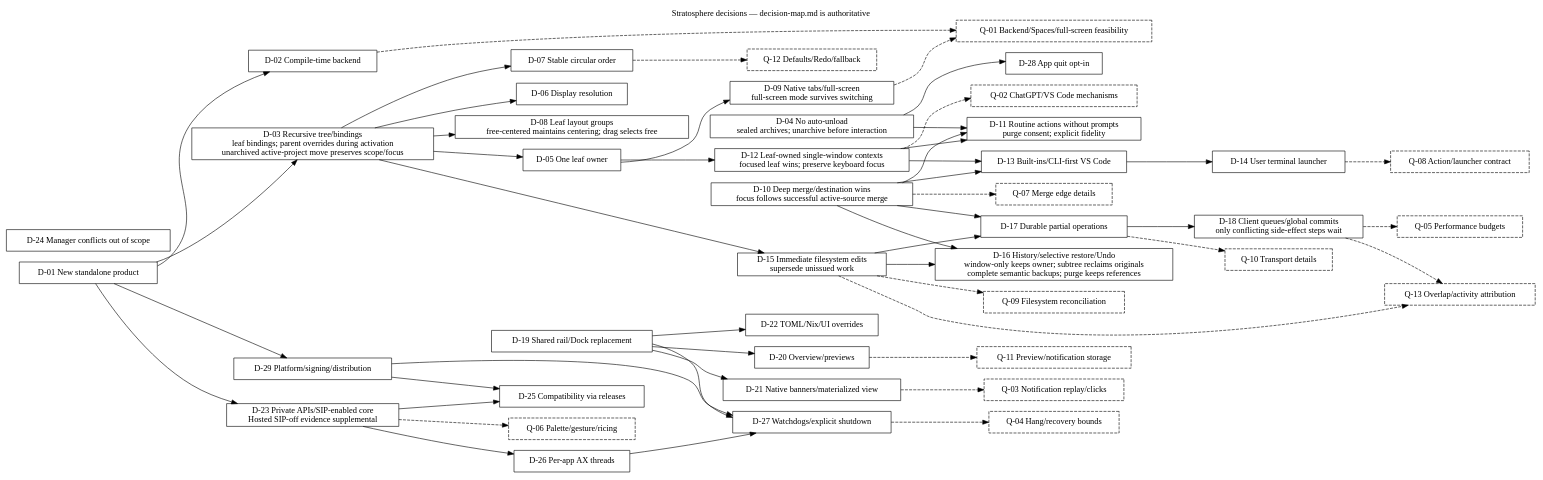
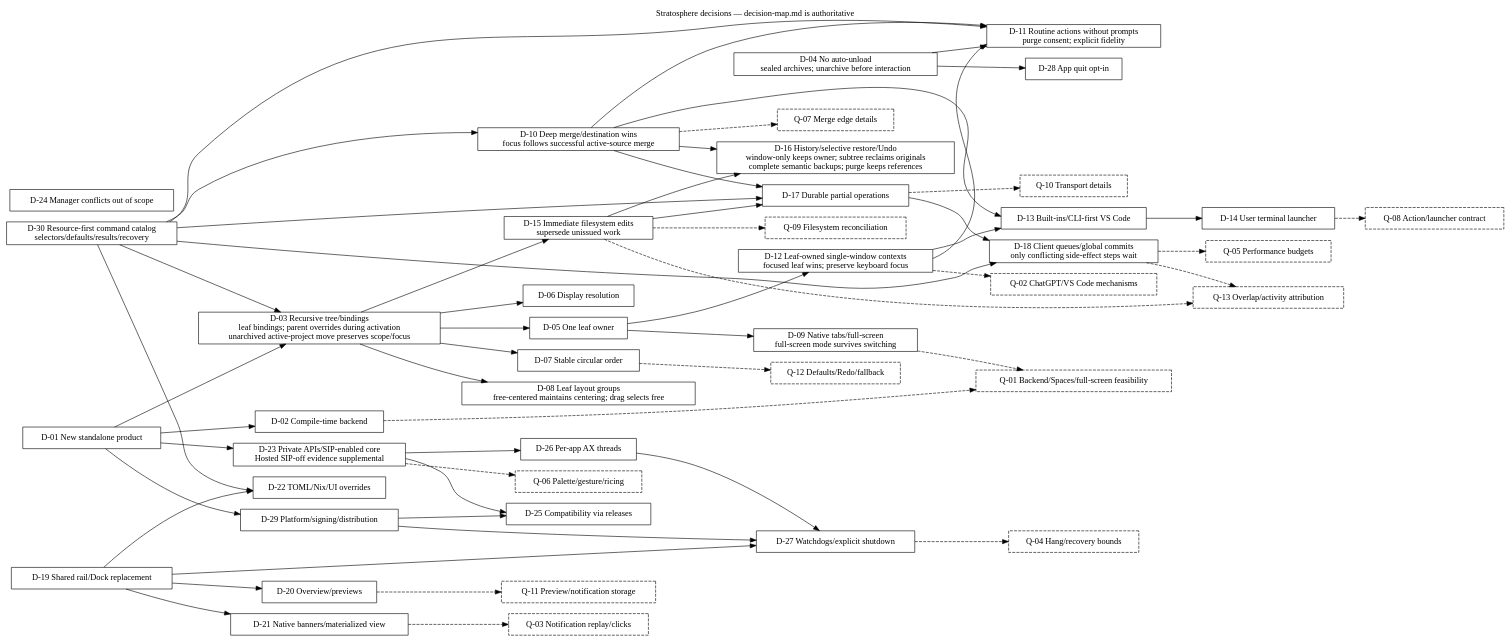
One commit to florius0/stratosphere changed the diagram in docs/decision-map.dot. Above: the diagram before and after it, drawn with Graphviz. The commit also changed 8 other files, not shown here.

```diff
--- a/docs/decision-map.dot
+++ b/docs/decision-map.dot
@@ -1,74 +1,76 @@
 digraph Decisions {
   graph [rankdir=LR, label="Stratosphere decisions — decision-map.md is authoritative", labelloc=t];
   node [shape=box];
   D01 [label="D-01 New standalone product"];
   D02 [label="D-02 Compile-time backend"];
   D03 [label="D-03 Recursive tree/bindings\nleaf bindings; parent overrides during activation\nunarchived active-project move preserves scope/focus"];
   D04 [label="D-04 No auto-unload\nsealed archives; unarchive before interaction"];
   D05 [label="D-05 One leaf owner"];
   D06 [label="D-06 Display resolution"];
   D07 [label="D-07 Stable circular order"];
   D08 [label="D-08 Leaf layout groups\nfree-centered maintains centering; drag selects free"];
   D09 [label="D-09 Native tabs/full-screen\nfull-screen mode survives switching"];
   D10 [label="D-10 Deep merge/destination wins\nfocus follows successful active-source merge"];
   D11 [label="D-11 Routine actions without prompts\npurge consent; explicit fidelity"];
   D12 [label="D-12 Leaf-owned single-window contexts\nfocused leaf wins; preserve keyboard focus"];
   D13 [label="D-13 Built-ins/CLI-first VS Code"];
   D14 [label="D-14 User terminal launcher"];
   D15 [label="D-15 Immediate filesystem edits\nsupersede unissued work"];
   D16 [label="D-16 History/selective restore/Undo\nwindow-only keeps owner; subtree reclaims originals\ncomplete semantic backups; purge keeps references"];
   D17 [label="D-17 Durable partial operations"];
   D18 [label="D-18 Client queues/global commits\nonly conflicting side-effect steps wait"];
   D19 [label="D-19 Shared rail/Dock replacement"];
   D20 [label="D-20 Overview/previews"];
   D21 [label="D-21 Native banners/materialized view"];
   D22 [label="D-22 TOML/Nix/UI overrides"];
   D23 [label="D-23 Private APIs/SIP-enabled core\nHosted SIP-off evidence supplemental"];
   D24 [label="D-24 Manager conflicts out of scope"];
   D25 [label="D-25 Compatibility via releases"];
   D26 [label="D-26 Per-app AX threads"];
   D27 [label="D-27 Watchdogs/explicit shutdown"];
   D28 [label="D-28 App quit opt-in"];
   D29 [label="D-29 Platform/signing/distribution"];
+  D30 [label="D-30 Resource-first command catalog\nselectors/defaults/results/recovery"];
   Q01 [label="Q-01 Backend/Spaces/full-screen feasibility", style=dashed];
   Q02 [label="Q-02 ChatGPT/VS Code mechanisms", style=dashed];
   Q03 [label="Q-03 Notification replay/clicks", style=dashed];
   Q04 [label="Q-04 Hang/recovery bounds", style=dashed];
   Q05 [label="Q-05 Performance budgets", style=dashed];
   Q06 [label="Q-06 Palette/gesture/ricing", style=dashed];
   Q07 [label="Q-07 Merge edge details", style=dashed];
   Q08 [label="Q-08 Action/launcher contract", style=dashed];
   Q09 [label="Q-09 Filesystem reconciliation", style=dashed];
   Q10 [label="Q-10 Transport details", style=dashed];
   Q11 [label="Q-11 Preview/notification storage", style=dashed];
   Q12 [label="Q-12 Defaults/Redo/fallback", style=dashed];
   Q13 [label="Q-13 Overlap/activity attribution", style=dashed];
   D01 -> {D02 D03 D23 D29};
   D03 -> {D05 D06 D07 D08 D15};
   D04 -> {D11 D28};
   D05 -> {D09 D12};
   D10 -> {D11 D13 D16 D17};
   D12 -> {D11 D13};
   D13 -> D14;
   D15 -> {D16 D17};
   D17 -> D18;
+  D30 -> {D03 D10 D11 D17 D18 D22};
   D19 -> {D20 D21 D22 D27};
   D23 -> {D25 D26};
   D26 -> D27;
   D29 -> {D25 D27};
   D02 -> Q01 [style=dashed];
   D09 -> Q01 [style=dashed];
   D12 -> Q02 [style=dashed];
   D21 -> Q03 [style=dashed];
   D27 -> Q04 [style=dashed];
   D18 -> Q05 [style=dashed];
   D23 -> Q06 [style=dashed];
   D10 -> Q07 [style=dashed];
   D14 -> Q08 [style=dashed];
   D15 -> Q09 [style=dashed];
   D17 -> Q10 [style=dashed];
   D20 -> Q11 [style=dashed];
   D07 -> Q12 [style=dashed];
   D18 -> Q13 [style=dashed];
   D15 -> Q13 [style=dashed];
 }
```
